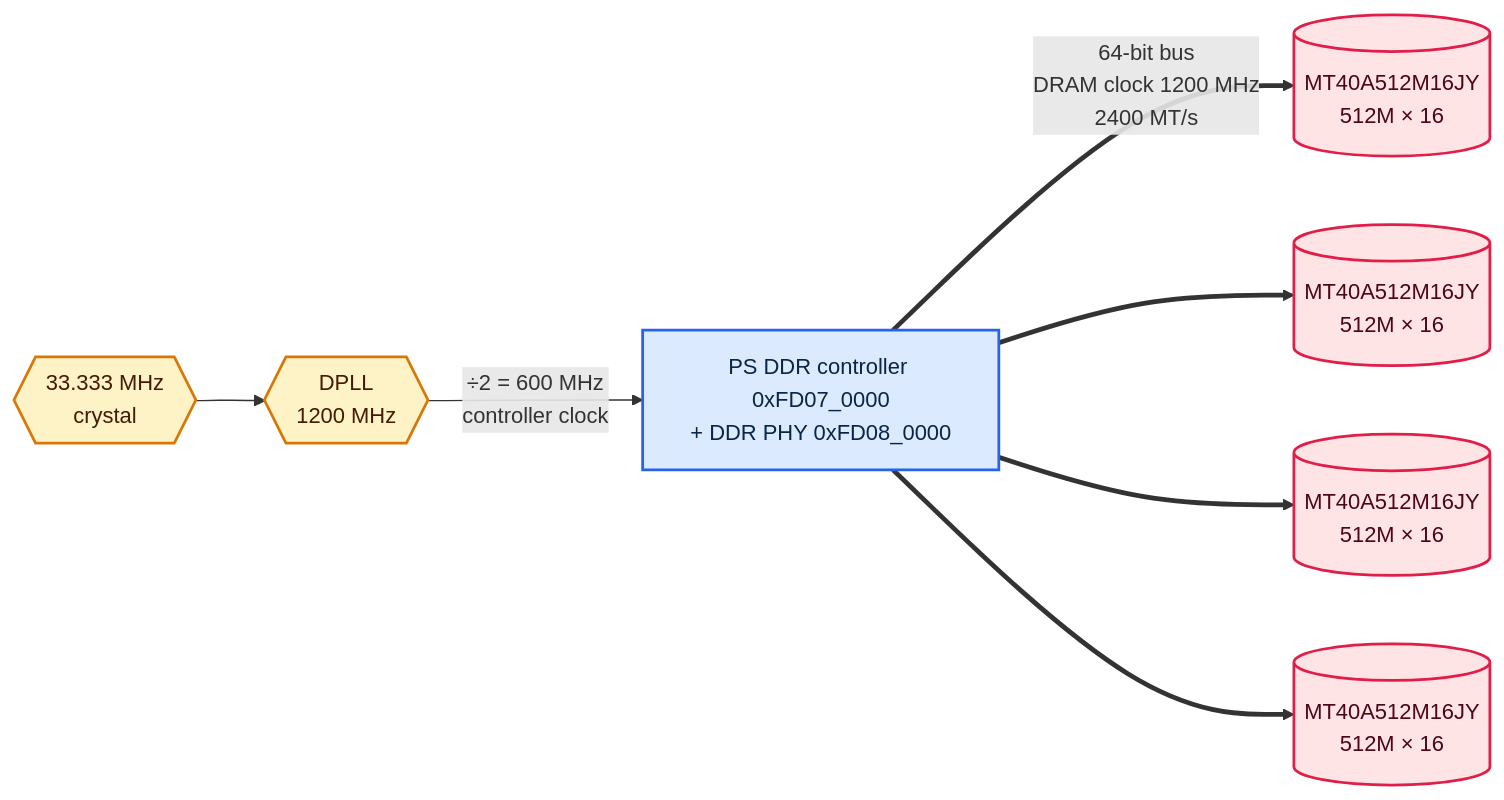
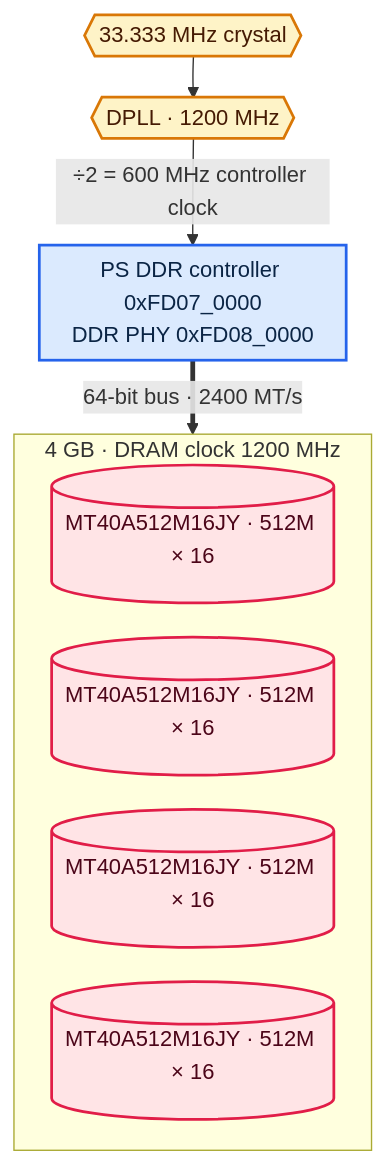
One commit to JutsFunFor/xczu27dr-rfsoc changed the diagram in ddr4/README.md. Above: the diagram before and after it, drawn with Mermaid. The commit also changed 7 other files, not shown here.

````diff
--- a/ddr4/README.md
+++ b/ddr4/README.md
@@ -39,22 +39,26 @@
 ```mermaid
-flowchart LR
-  XTAL{{"33.333 MHz<br/>crystal"}}
-  DPLL{{"DPLL<br/>1200 MHz"}}
-  MC["PS DDR controller 0xFD07_0000<br/>+ DDR PHY 0xFD08_0000"]
+%%{init: {"flowchart": {"nodeSpacing": 25, "rankSpacing": 30, "padding": 6}}}%%
+flowchart TD
+  XTAL{{"33.333 MHz crystal"}}
+  DPLL{{"DPLL · 1200 MHz"}}
+  MC["PS DDR controller 0xFD07_0000<br/>DDR PHY 0xFD08_0000"]
 
   XTAL --> DPLL
-  DPLL -->|"÷2 = 600 MHz<br/>controller clock"| MC
+  DPLL -->|"÷2 = 600 MHz controller clock"| MC
+  MC ==>|"64-bit bus · 2400 MT/s"| DRAM
 
-  MC ==>|"64-bit bus<br/>DRAM clock 1200 MHz<br/>2400 MT/s"| D0[("MT40A512M16JY<br/>512M × 16")]
-  MC ==> D1[("MT40A512M16JY<br/>512M × 16")]
-  MC ==> D2[("MT40A512M16JY<br/>512M × 16")]
-  MC ==> D3[("MT40A512M16JY<br/>512M × 16")]
+  subgraph DRAM["4 GB · DRAM clock 1200 MHz"]
+    D0[("MT40A512M16JY · 512M × 16")]
+    D1[("MT40A512M16JY · 512M × 16")]
+    D2[("MT40A512M16JY · 512M × 16")]
+    D3[("MT40A512M16JY · 512M × 16")]
+  end
 
   classDef ps   fill:#dbeafe,stroke:#2563eb,stroke-width:2px,color:#0b2545
   classDef clk  fill:#fef3c7,stroke:#d97706,stroke-width:2px,color:#451a03
   classDef mem  fill:#ffe4e6,stroke:#e11d48,stroke-width:2px,color:#4c0519
 
   class MC ps
   class XTAL,DPLL clk
   class D0,D1,D2,D3 mem
 ```
````
